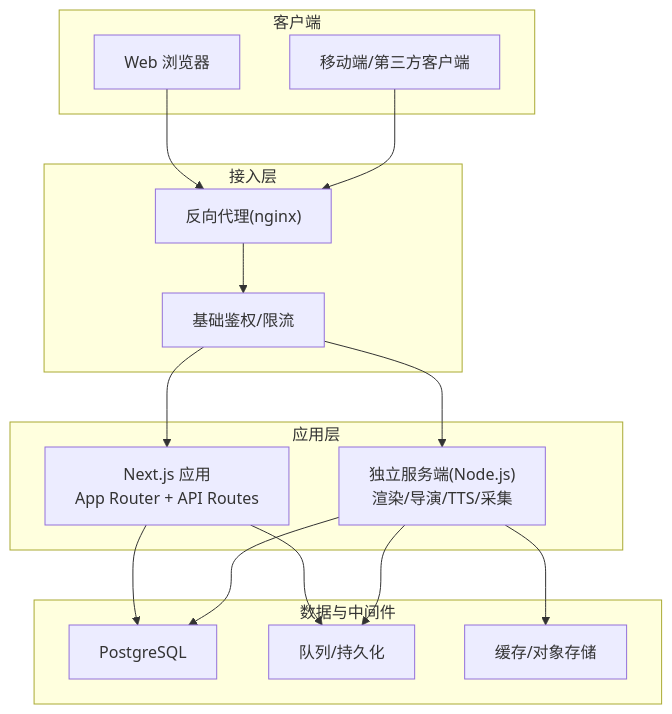
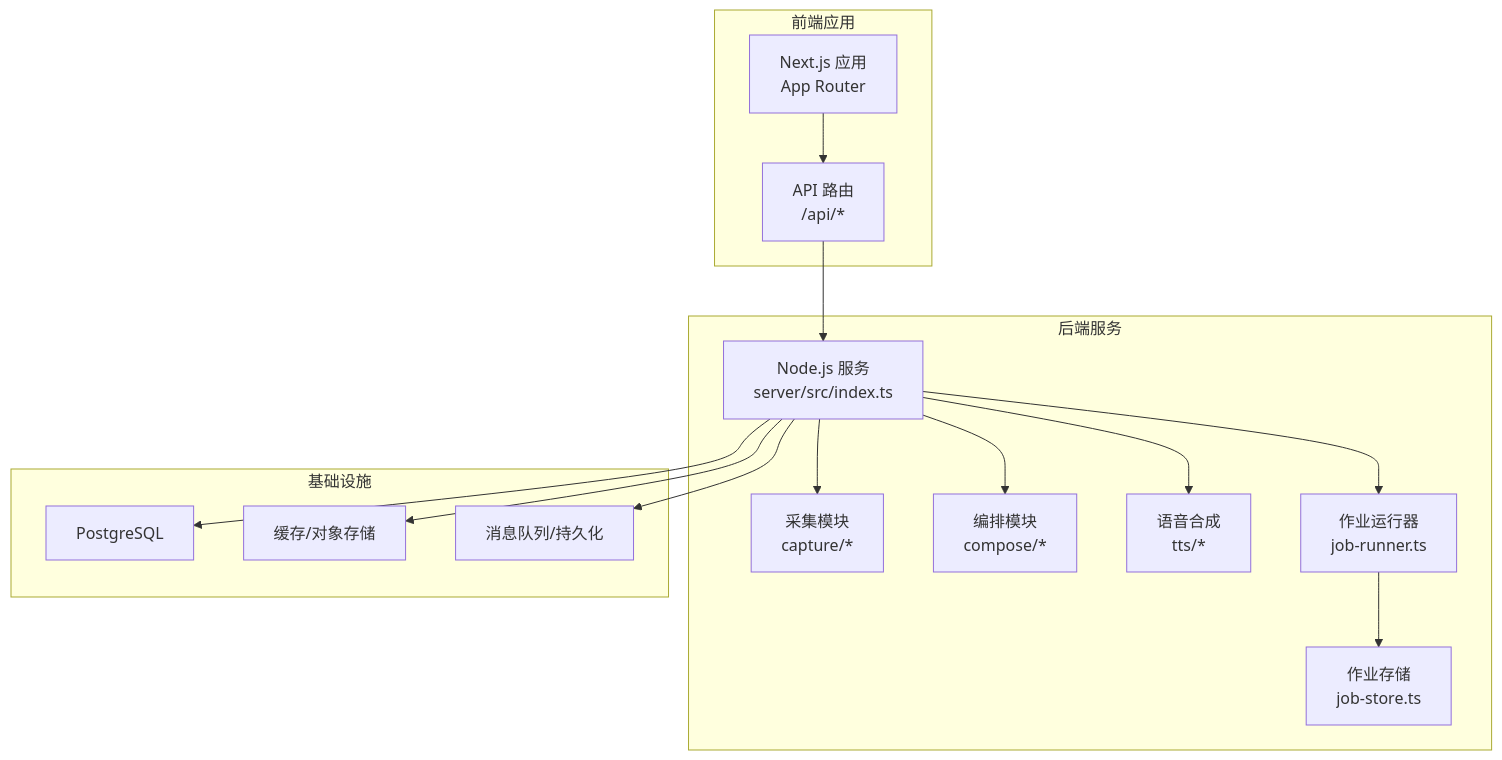
Before and after one commit to scottcwy/PurpleInk: the first of 8 diagrams in .qoder/repowiki/zh/content/架构设计/系统架构概览.md, drawn with Mermaid. The commit also changed other lines of this file and 872 other files, not shown here.

````diff
--- a/.qoder/repowiki/zh/content/架构设计/系统架构概览.md
+++ b/.qoder/repowiki/zh/content/架构设计/系统架构概览.md
@@ -114,30 +61,30 @@
 ```mermaid
 graph TB
-subgraph "客户端"
-Web["Web 浏览器"]
-Mobile["移动端/第三方客户端"]
+subgraph "前端应用"
+FE_App["Next.js 应用<br/>App Router"]
+FE_API["API 路由<br/>/api/*"]
 end
-subgraph "接入层"
-RP["反向代理(nginx)"]
-Auth["基础鉴权/限流"]
+subgraph "后端服务"
+BE_Server["Node.js 服务<br/>server/src/index.ts"]
+BE_Capture["采集模块<br/>capture/*"]
+BE_Compose["编排模块<br/>compose/*"]
+BE_TTS["语音合成<br/>tts/*"]
+BE_JobRunner["作业运行器<br/>job-runner.ts"]
+BE_JobStore["作业存储<br/>job-store.ts"]
 end
-subgraph "应用层"
-Next["Next.js 应用<br/>App Router + API Routes"]
-Svc["独立服务端(Node.js)<br/>渲染/导演/TTS/采集"]
+subgraph "基础设施"
+DB["PostgreSQL"]
+Cache["缓存/对象存储"]
+Queue["消息队列/持久化"]
 end
-subgraph "数据与中间件"
-DB["PostgreSQL"]
-Q["队列/持久化"]
-Cache["缓存/对象存储"]
-end
-Web --> RP
-Mobile --> RP
-RP --> Auth
-Auth --> Next
-Auth --> Svc
-Next --> DB
-Next --> Q
-Svc --> DB
-Svc --> Q
-Svc --> Cache
+FE_App --> FE_API
+FE_API --> BE_Server
+BE_Server --> BE_Capture
+BE_Server --> BE_Compose
+BE_Server --> BE_TTS
+BE_Server --> BE_JobRunner
+BE_JobRunner --> BE_JobStore
+BE_Server --> DB
+BE_Server --> Cache
+BE_Server --> Queue
 ```
````
